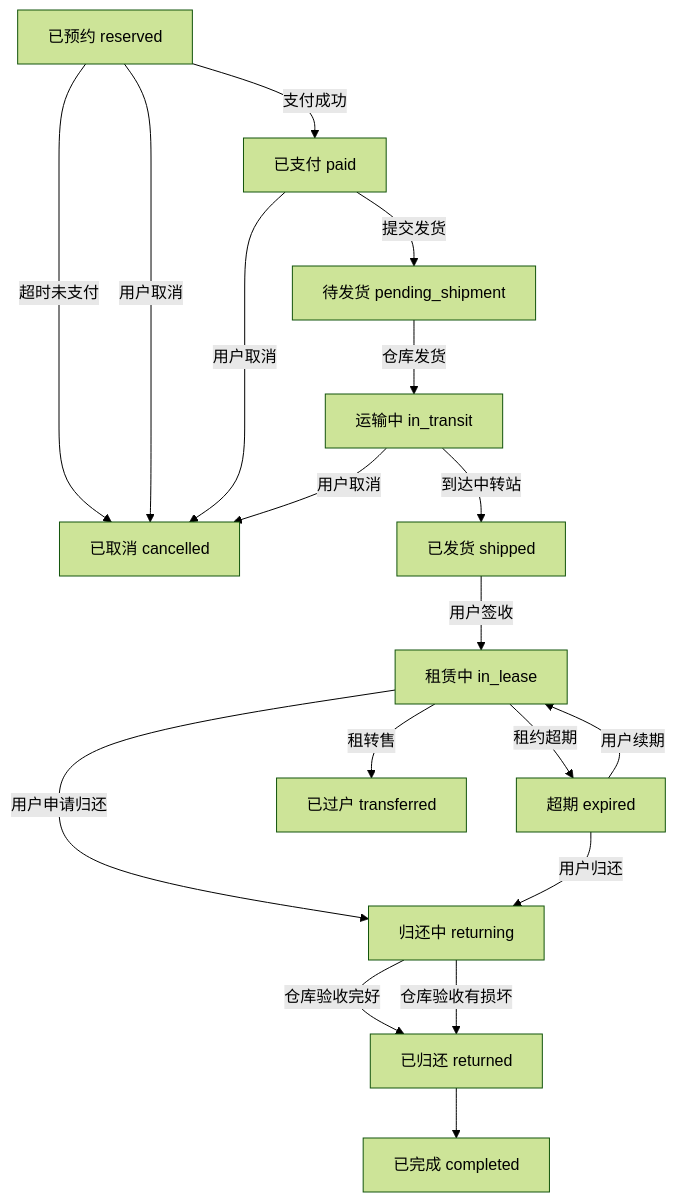
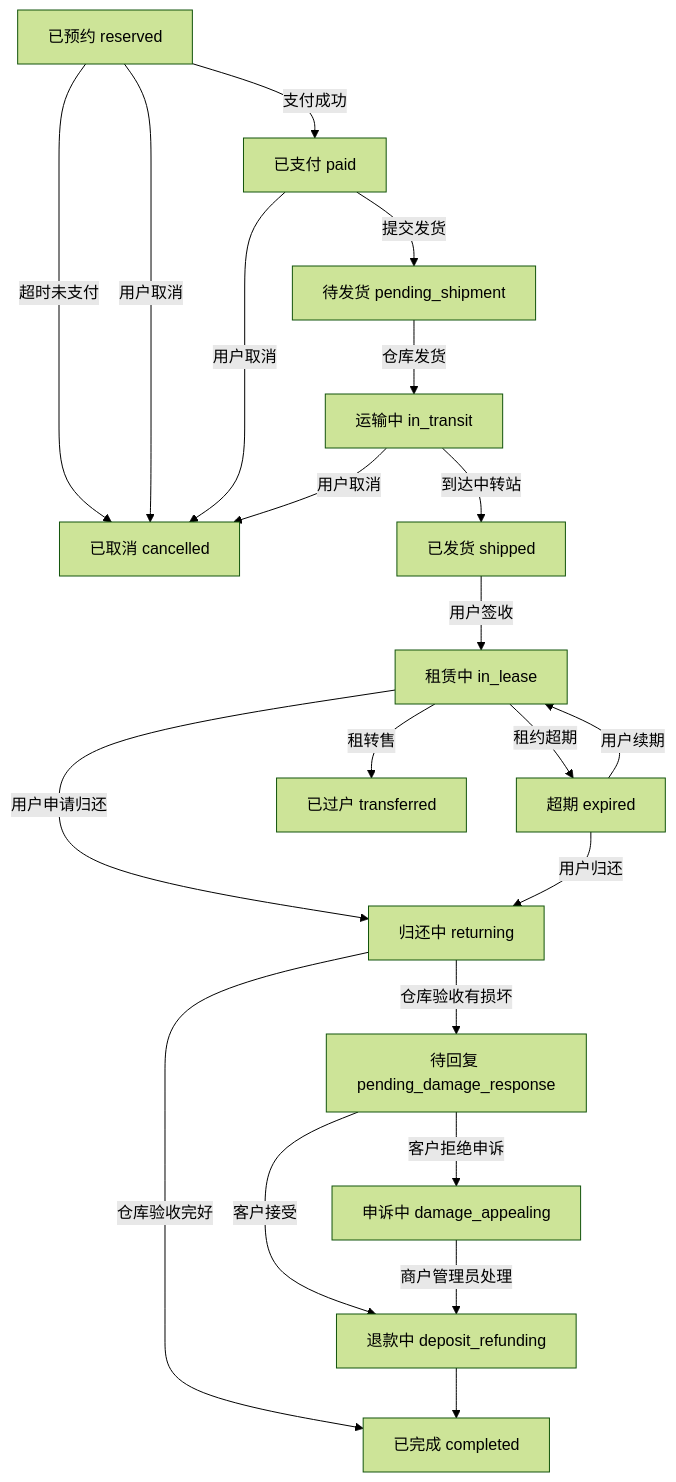
One commit to HiJohns/tuneloop changed the second of 3 diagrams in docs/cases.md. Above: the diagram before and after it, drawn with Mermaid (forest theme). The commit also changed other lines of this file and 1 other file, not shown here.

First line of the commit message:
docs(1544): new damage flow — pending_damage_response + mandatory customer response

````diff
--- a/docs/cases.md
+++ b/docs/cases.md
@@ -317,20 +317,23 @@
 ```mermaid
 flowchart TD
   reserved[已预约 reserved] -- 超时未支付 --> cancelled[已取消 cancelled]
   reserved -- 支付成功 --> paid[已支付 paid]
   paid -- 提交发货 --> pending_shipment[待发货 pending_shipment]
   pending_shipment -- 仓库发货 --> in_transit[运输中 in_transit]
   in_transit -- 到达中转站 --> shipped[已发货 shipped]
   shipped -- 用户签收 --> in_lease[租赁中 in_lease]
-  in_lease -- 用户申请归还 --> returning[归还中 returning]
-  returning -- 仓库验收完好 --> returned[已归还 returned]
-  returning -- 仓库验收有损坏 --> returned
-  returned --> completed[已完成 completed]
-  in_lease -- 租约超期 --> expired[超期 expired]
+   in_lease -- 用户申请归还 --> returning[归还中 returning]
+   returning -- 仓库验收完好 --> completed[已完成 completed]
+   returning -- 仓库验收有损坏 --> pending_damage_response[待回复 pending_damage_response]
+   pending_damage_response -- 客户接受 --> deposit_refunding[退款中 deposit_refunding]
+   pending_damage_response -- 客户拒绝申诉 --> damage_appealing[申诉中 damage_appealing]
+   damage_appealing -- 商户管理员处理 --> deposit_refunding
+   deposit_refunding --> completed
+   in_lease -- 租约超期 --> expired[超期 expired]
   expired -- 用户归还 --> returning
   expired -- 用户续期 --> in_lease
   reserved -- 用户取消 --> cancelled
   paid -- 用户取消 --> cancelled
   in_transit -- 用户取消 --> cancelled
   in_lease -- 租转售 --> transferred[已过户 transferred]
 ```
````
